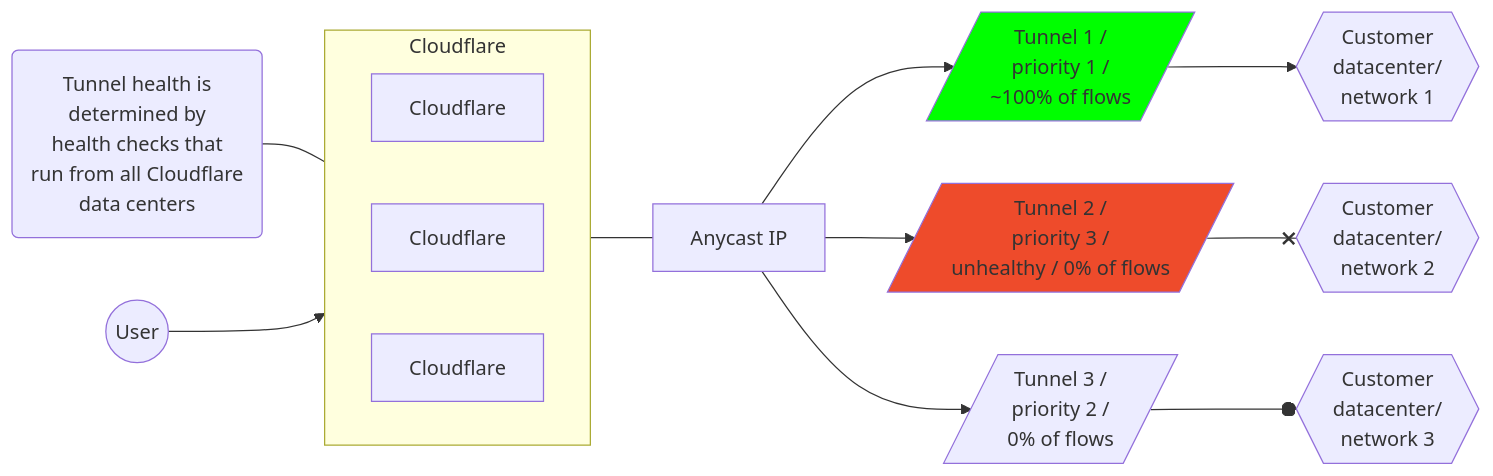
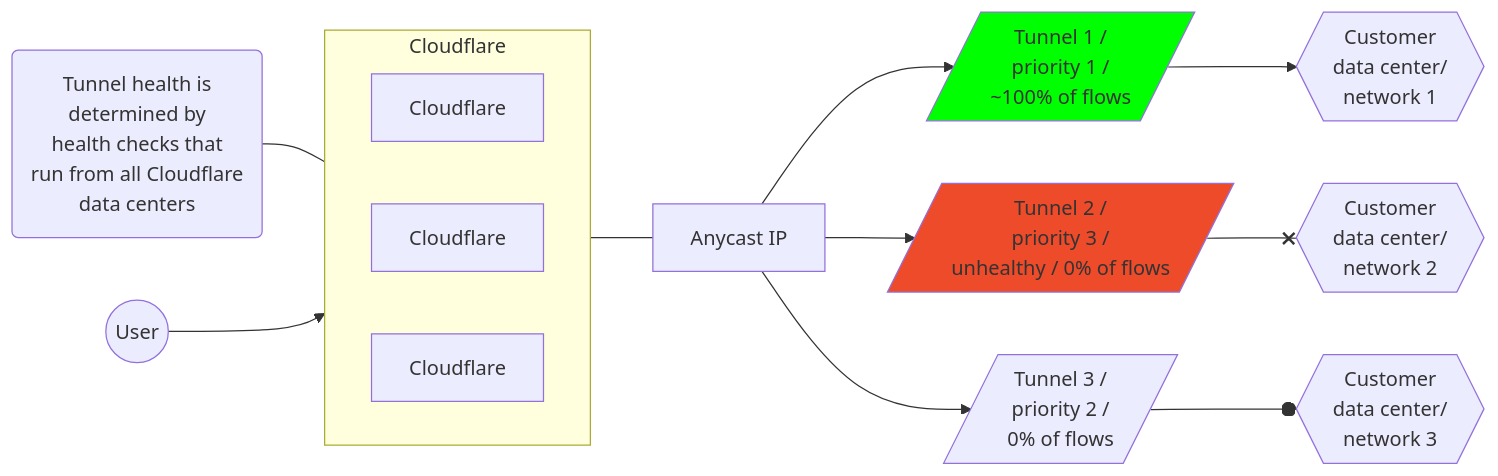
One commit to cloudflare/cloudflare-docs changed the third of 4 diagrams in content/magic-transit/_partials/_traffic-steering.md. Above: the diagram before and after it, drawn with Mermaid. The commit also changed other lines of this file, not shown here.

````diff
--- a/content/magic-transit/_partials/_traffic-steering.md
+++ b/content/magic-transit/_partials/_traffic-steering.md
@@ -87,20 +87,20 @@
 ```mermaid
 flowchart LR
 accTitle: Tunnels diagram
 accDescr: This example has Tunnel 2 unhealthy, and all traffic prioritized to Tunnel 1.
 
 subgraph Cloudflare
 direction LR
 B[Cloudflare]
 C[Cloudflare]
 D[Cloudflare]
 end
 
 Z(Tunnel health is <br> determined by <br> health checks that <br> run from all Cloudflare <br> data centers) --- Cloudflare
 A((User)) --> Cloudflare --- E[Anycast IP]
-E[Anycast IP] --> F[/"Tunnel 1 / <br> priority 1 / <br> ~100% of flows"/]:::green --> I{{Customer <br> datacenter/ <br> network 1}}
-E[Anycast IP] --> G[/Tunnel 2 / <br> priority 3 / <br> unhealthy / 0% of flows/]:::red --x J{{Customer <br> datacenter/ <br> network 2}}
-E[Anycast IP] --> H[/Tunnel 3 / <br> priority 2 / <br> 0% of flows/] --o K{{Customer <br> datacenter/ <br> network 3}}
+E[Anycast IP] --> F[/"Tunnel 1 / <br> priority 1 / <br> ~100% of flows"/]:::green --> I{{Customer <br> data center/ <br> network 1}}
+E[Anycast IP] --> G[/Tunnel 2 / <br> priority 3 / <br> unhealthy / 0% of flows/]:::red --x J{{Customer <br> data center/ <br> network 2}}
+E[Anycast IP] --> H[/Tunnel 3 / <br> priority 2 / <br> 0% of flows/] --o K{{Customer <br> data center/ <br> network 3}}
 classDef red fill:#EE4B2B
 classDef green fill:#00FF00
 ```
````
